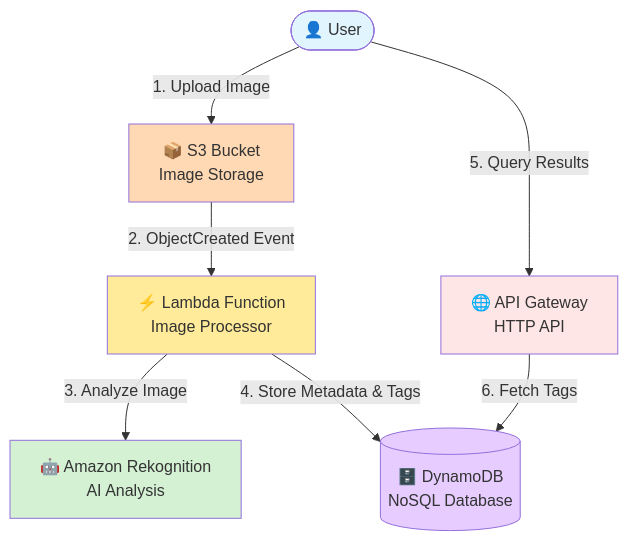
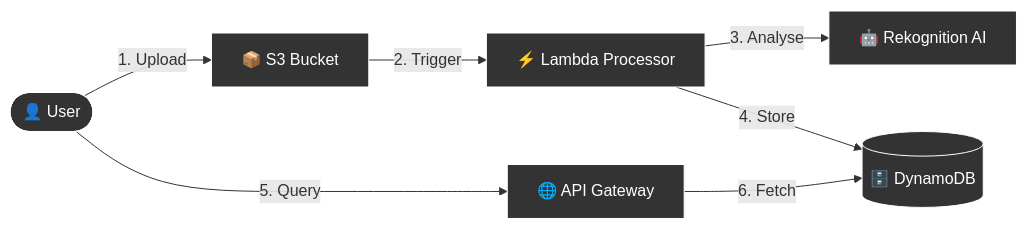
One commit to Gh0stbasta/serverless-ai-image-tagger changed the diagram in README.md. Above: the diagram before and after it, drawn with Mermaid. The commit also changed other lines of this file, not shown here.

Commit message:
Finalize professional README with GitHub Secrets and high-contrast diagram

````diff
--- a/README.md
+++ b/README.md
@@ -66,16 +66,16 @@
 ```mermaid
-graph TB
-    User([👤 User]) -->|1. Upload Image| S3[📦 S3 Bucket<br/>Image Storage]
-    S3 -->|2. ObjectCreated Event| Lambda[⚡ Lambda Function<br/>Image Processor]
-    Lambda -->|3. Analyze Image| Rekognition[🤖 Amazon Rekognition<br/>AI Analysis]
-    Lambda -->|4. Store Metadata & Tags| DynamoDB[(🗄️ DynamoDB<br/>NoSQL Database)]
-    User -->|5. Query Results| API[🌐 API Gateway<br/>HTTP API]
-    API -->|6. Fetch Tags| DynamoDB
-    
-    style User fill:#e1f5ff
-    style S3 fill:#ffd9b3
-    style Lambda fill:#ffeb99
-    style Rekognition fill:#d4f1d4
-    style DynamoDB fill:#e6ccff
-    style API fill:#ffe6e6
+graph LR
+    User([👤 User]) -->|1. Upload| S3[📦 S3 Bucket]
+    S3 -->|2. Trigger| Lambda[⚡ Lambda Processor]
+    Lambda -->|3. Analyse| Rekognition[🤖 Rekognition AI]
+    Lambda -->|4. Store| DynamoDB[(🗄️ DynamoDB)]
+    User -->|5. Query| API[🌐 API Gateway]
+    API -->|6. Fetch| DynamoDB
+
+    style User fill:#333,stroke:#fff,color:#fff
+    style S3 fill:#333,stroke:#fff,color:#fff
+    style Lambda fill:#333,stroke:#fff,color:#fff
+    style Rekognition fill:#333,stroke:#fff,color:#fff
+    style DynamoDB fill:#333,stroke:#fff,color:#fff
+    style API fill:#333,stroke:#fff,color:#fff
 ```
````
